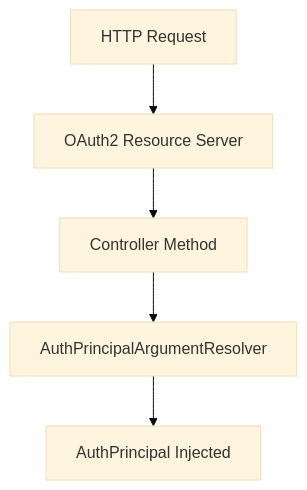
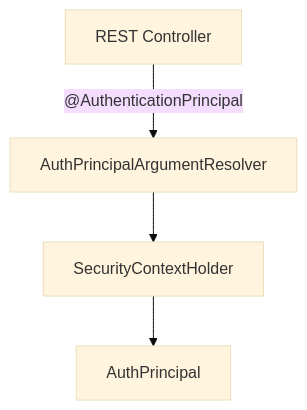
The third of 7 diagrams in docs/reference/architecture/api-service-core-config-and-security/api-service-core-config-and-security.md (flamingo-stack/openframe-oss-lib), drawn with Mermaid (base theme) before and after one commit. The commit also changed other lines of this file and 1809 other files, not shown here.

````diff
--- a/docs/reference/architecture/api-service-core-config-and-security/api-service-core-config-and-security.md
+++ b/docs/reference/architecture/api-service-core-config-and-security/api-service-core-config-and-security.md
@@ -96,7 +109,6 @@
 ```mermaid
 flowchart TD
-    Request["HTTP Request"] --> Security["OAuth2 Resource Server"]
-    Security --> Controller["Controller Method"]
-    Controller --> Resolver["AuthPrincipalArgumentResolver"]
-    Resolver --> Principal["AuthPrincipal Injected"]
+    Controller["REST Controller"] -->|"@AuthenticationPrincipal"| Resolver["AuthPrincipalArgumentResolver"]
+    Resolver --> SecurityContext["SecurityContextHolder"]
+    SecurityContext --> Principal["AuthPrincipal"]
 ```
````
